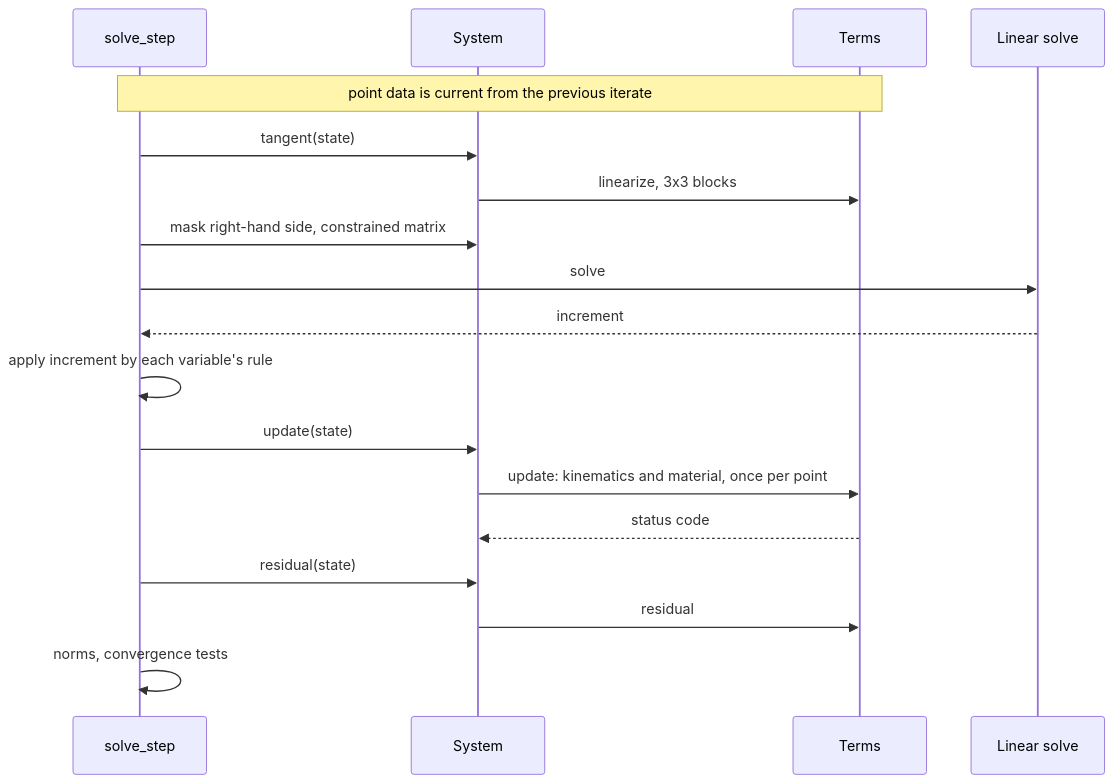
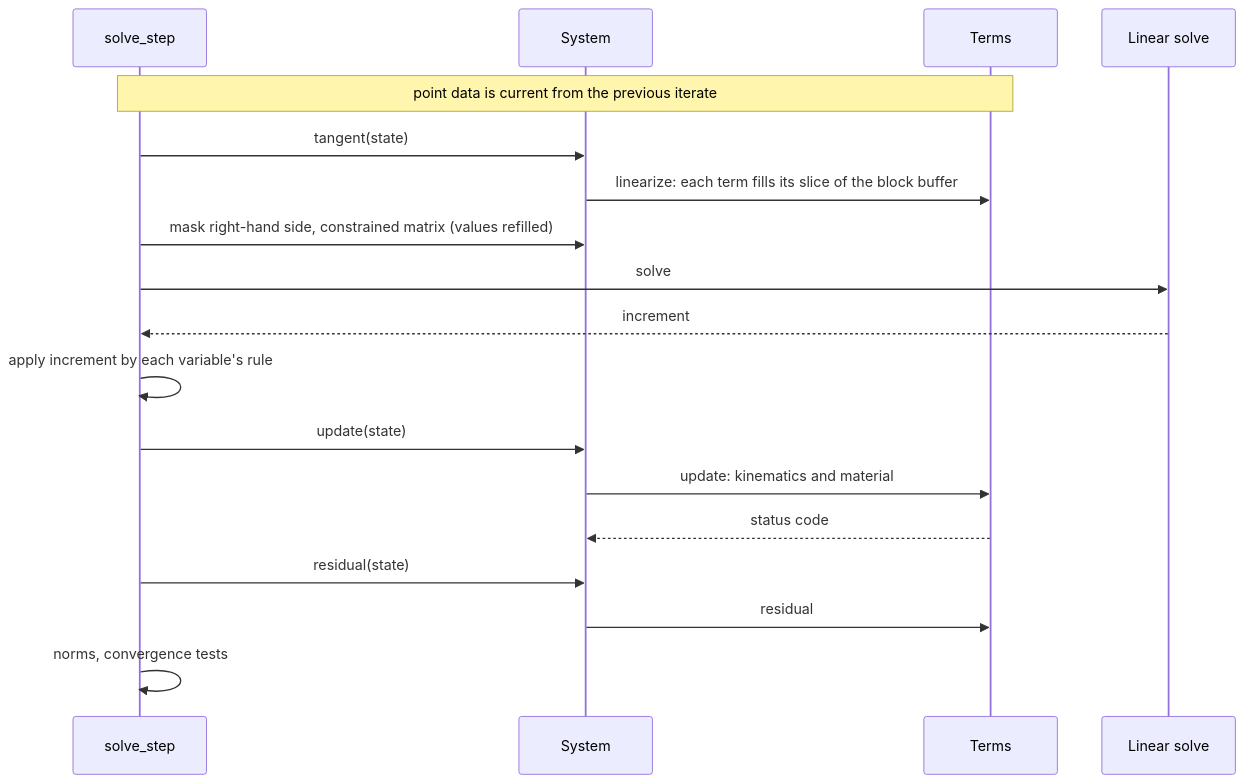
The second of 3 diagrams in docs/design/run_path.md (JolleyLab/FEBio-Warp-Python), drawn with Mermaid before and after one commit. The commit also changed other lines of this file and 22 other files, not shown here.

````diff
--- a/docs/design/run_path.md
+++ b/docs/design/run_path.md
@@ -56,20 +60,20 @@
 ```mermaid
 sequenceDiagram
     participant N as solve_step
     participant S as System
     participant T as Terms
     participant L as Linear solve
     Note over N,T: point data is current from the previous iterate
     N->>S: tangent(state)
-    S->>T: linearize, 3x3 blocks
-    N->>S: mask right-hand side, constrained matrix
+    S->>T: linearize: each term fills its slice of the block buffer
+    N->>S: mask right-hand side, constrained matrix (values refilled)
     N->>L: solve
     L-->>N: increment
     N->>N: apply increment by each variable's rule
     N->>S: update(state)
-    S->>T: update: kinematics and material, once per point
+    S->>T: update: kinematics and material
     T-->>S: status code
     N->>S: residual(state)
     S->>T: residual
     N->>N: norms, convergence tests
 ```
````
